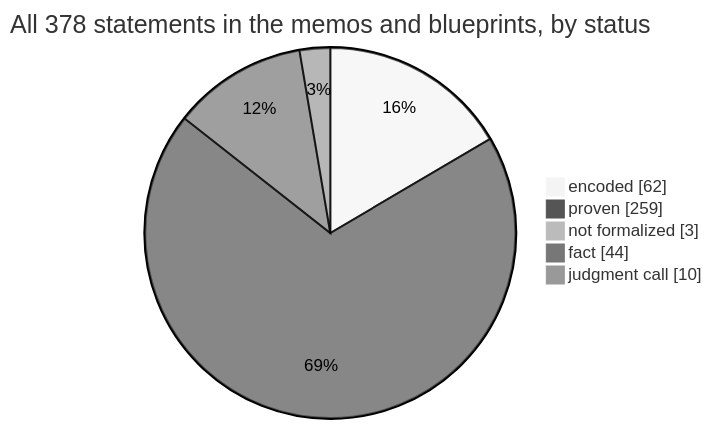
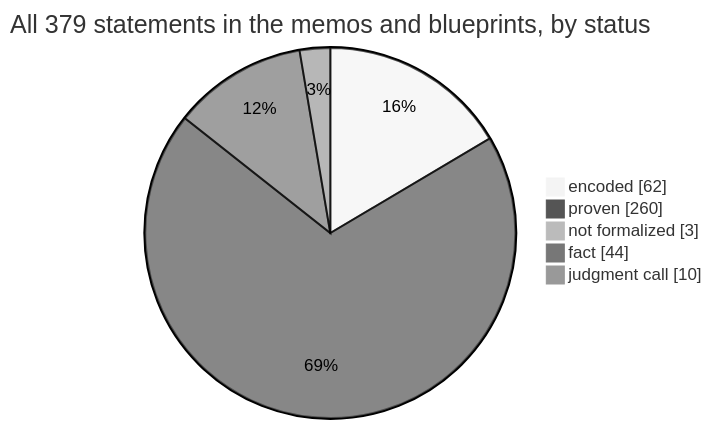
The first of 4 diagrams in docs/graphs/dashboard.md (SeanWMurray/Canteen), drawn with Mermaid (neutral theme) before and after one commit. The commit also changed other lines of this file and 14 other files, not shown here.

````diff
--- a/docs/graphs/dashboard.md
+++ b/docs/graphs/dashboard.md
@@ -11,8 +11,8 @@
 ```mermaid
-pie showData title All 378 statements in the memos and blueprints, by status
+pie showData title All 379 statements in the memos and blueprints, by status
     "encoded" : 62
-    "proven" : 259
+    "proven" : 260
     "not formalized" : 3
     "fact" : 44
     "judgment call" : 10
 ```
````
